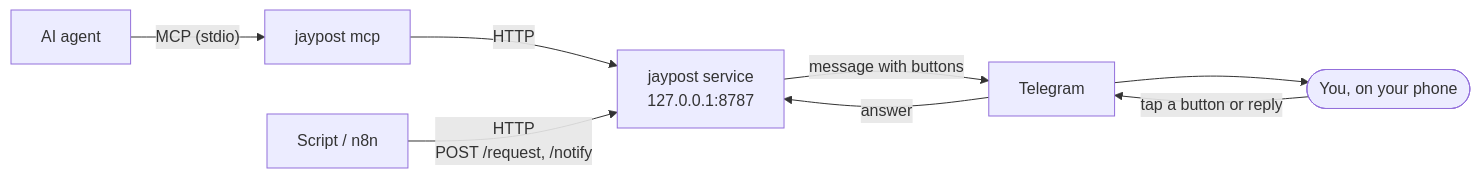
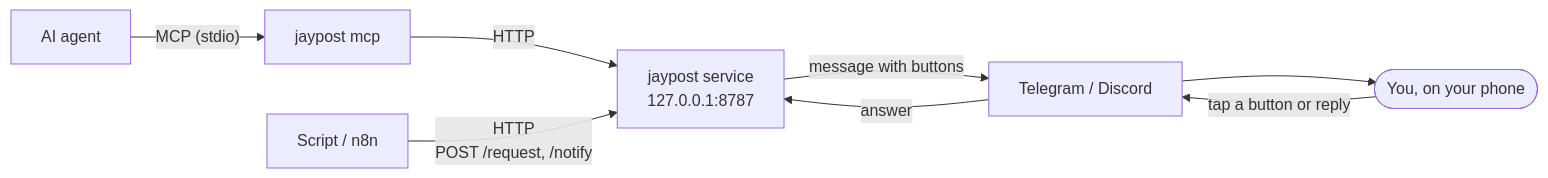
One commit to actions-marketplace-validations/bithyte_jaypost changed the diagram in README.md. Above: the diagram before and after it, drawn with Mermaid. The commit also changed other lines of this file and 31 other files, not shown here.

````diff
--- a/README.md
+++ b/README.md
@@ -39,10 +62,10 @@
 ```mermaid
 flowchart LR
     agent["AI agent"] -- "MCP (stdio)" --> mcp["jaypost mcp"]
     mcp -- HTTP --> svc
     script["Script / n8n"] -- "HTTP<br>POST /request, /notify" --> svc["jaypost service<br>127.0.0.1:8787"]
-    svc -- "message with buttons" --> tg["Telegram"]
-    tg --> you(["You, on your phone"])
-    you -- "tap a button or reply" --> tg
-    tg -- answer --> svc
+    svc -- "message with buttons" --> chat["Telegram / Discord"]
+    chat --> you(["You, on your phone"])
+    you -- "tap a button or reply" --> chat
+    chat -- answer --> svc
 ```
````
